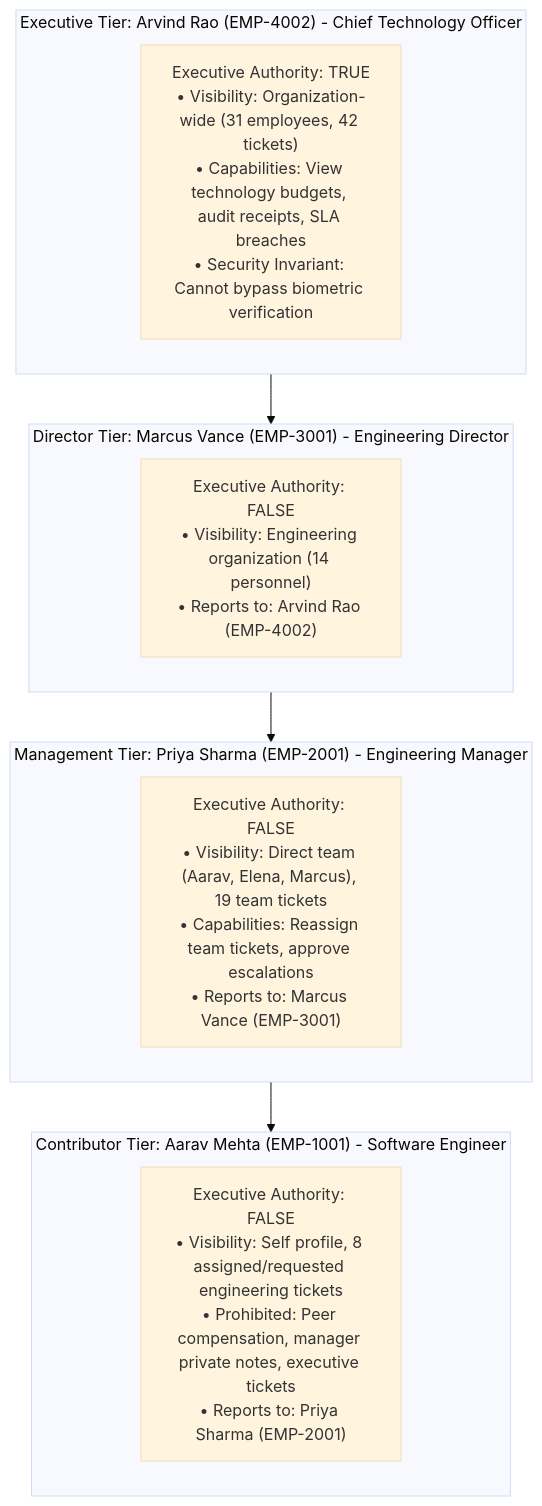
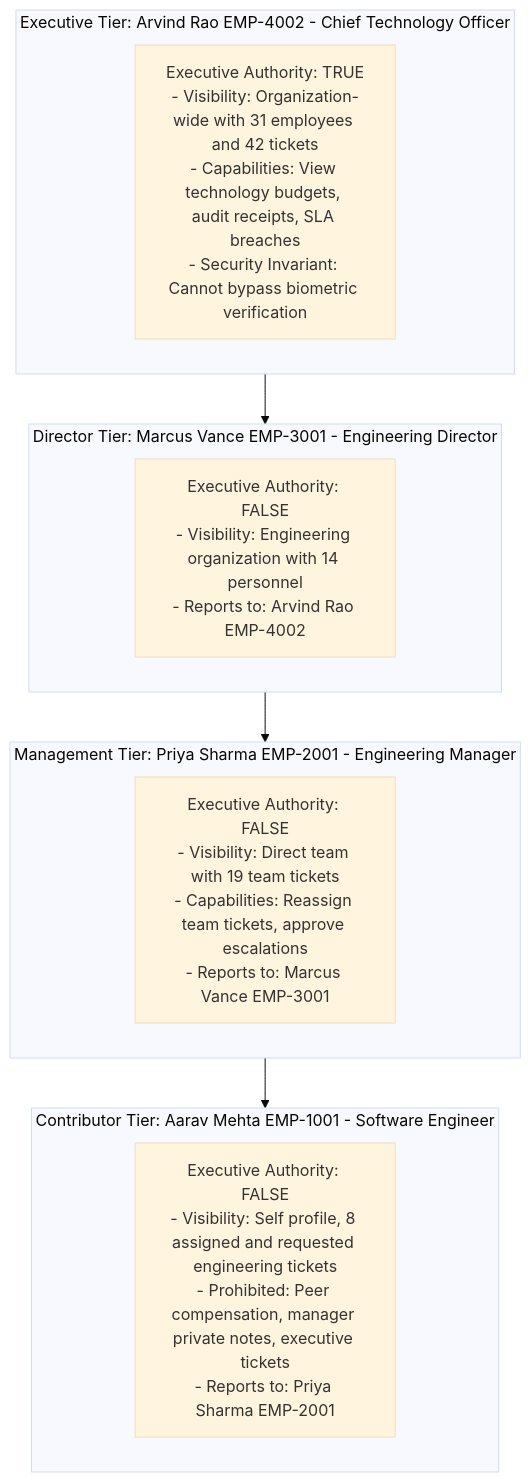
Before and after one commit to sharancode3/Intentlock: the ninth of 9 diagrams in README.md, drawn with Mermaid (base theme). The commit also changed other lines of this file, not shown here.

Commit message:
fix(docs): resolve GitHub Mermaid parsing errors across all diagram specifications

````diff
--- a/README.md
+++ b/README.md
@@ -581,20 +581,20 @@
 ```mermaid
 flowchart TD
-    subgraph CTO ["Executive Tier: Arvind Rao (EMP-4002) - Chief Technology Officer"]
-        CTO_AUTH["Executive Authority: TRUE<br/>• Visibility: Organization-wide (31 employees, 42 tickets)<br/>• Capabilities: View technology budgets, audit receipts, SLA breaches<br/>• Security Invariant: Cannot bypass biometric verification"]
+    subgraph CTO ["Executive Tier: Arvind Rao EMP-4002 - Chief Technology Officer"]
+        CTO_AUTH["Executive Authority: TRUE<br/>- Visibility: Organization-wide with 31 employees and 42 tickets<br/>- Capabilities: View technology budgets, audit receipts, SLA breaches<br/>- Security Invariant: Cannot bypass biometric verification"]
     end
 
-    subgraph DIR ["Director Tier: Marcus Vance (EMP-3001) - Engineering Director"]
-        DIR_AUTH["Executive Authority: FALSE<br/>• Visibility: Engineering organization (14 personnel)<br/>• Reports to: Arvind Rao (EMP-4002)"]
+    subgraph DIR ["Director Tier: Marcus Vance EMP-3001 - Engineering Director"]
+        DIR_AUTH["Executive Authority: FALSE<br/>- Visibility: Engineering organization with 14 personnel<br/>- Reports to: Arvind Rao EMP-4002"]
     end
 
-    subgraph MGR ["Management Tier: Priya Sharma (EMP-2001) - Engineering Manager"]
-        MGR_AUTH["Executive Authority: FALSE<br/>• Visibility: Direct team (Aarav, Elena, Marcus), 19 team tickets<br/>• Capabilities: Reassign team tickets, approve escalations<br/>• Reports to: Marcus Vance (EMP-3001)"]
+    subgraph MGR ["Management Tier: Priya Sharma EMP-2001 - Engineering Manager"]
+        MGR_AUTH["Executive Authority: FALSE<br/>- Visibility: Direct team with 19 team tickets<br/>- Capabilities: Reassign team tickets, approve escalations<br/>- Reports to: Marcus Vance EMP-3001"]
     end
 
-    subgraph IC ["Contributor Tier: Aarav Mehta (EMP-1001) - Software Engineer"]
-        IC_AUTH["Executive Authority: FALSE<br/>• Visibility: Self profile, 8 assigned/requested engineering tickets<br/>• Prohibited: Peer compensation, manager private notes, executive tickets<br/>• Reports to: Priya Sharma (EMP-2001)"]
+    subgraph IC ["Contributor Tier: Aarav Mehta EMP-1001 - Software Engineer"]
+        IC_AUTH["Executive Authority: FALSE<br/>- Visibility: Self profile, 8 assigned and requested engineering tickets<br/>- Prohibited: Peer compensation, manager private notes, executive tickets<br/>- Reports to: Priya Sharma EMP-2001"]
     end
 
     CTO --> DIR --> MGR --> IC
 ```
````
